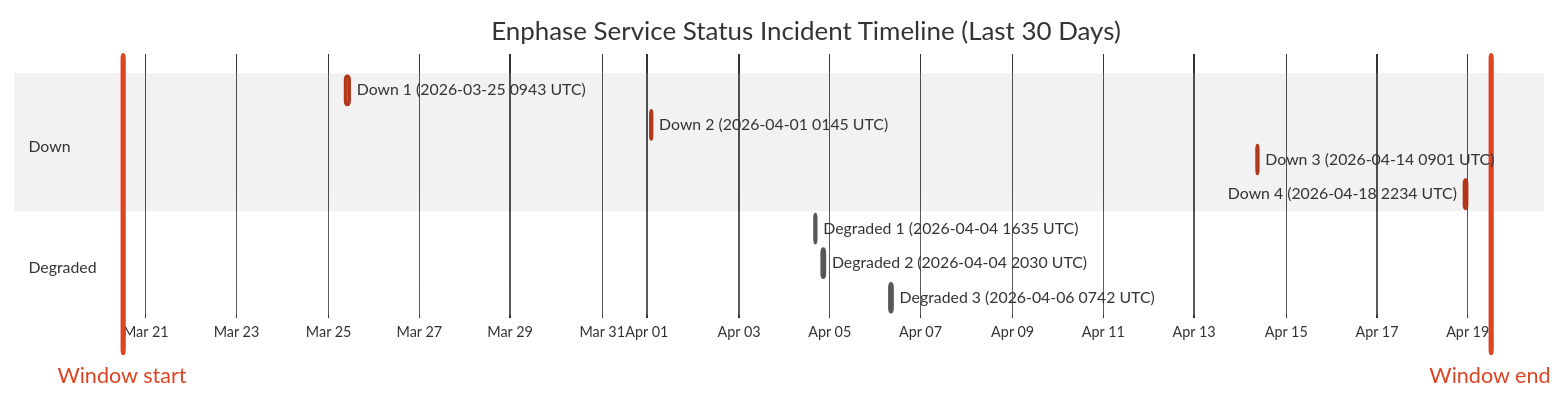
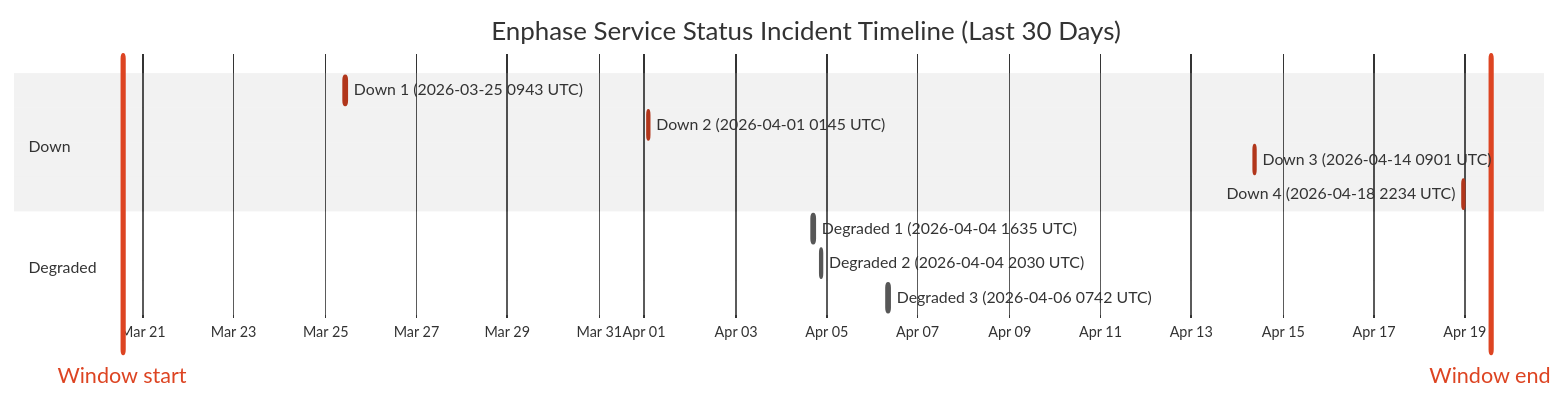
The diagram in wiki/Service-Status-History.md (barneyonline/ha-enphase-ev-charger), drawn with Mermaid (neutral theme) before and after one commit. The commit also changed other lines of this file and 3 other files, not shown here.

````diff
--- a/wiki/Service-Status-History.md
+++ b/wiki/Service-Status-History.md
@@ -14,17 +14,17 @@
 ```mermaid
 gantt
     title Enphase Service Status Incident Timeline (Last 30 Days)
     dateFormat  YYYY-MM-DDTHH:mm:ss
     axisFormat  %b %d
-    Window start :vert, window-start, 2026-03-20T11:57:54, 0ms
-    Window end :vert, window-end, 2026-04-19T11:57:54, 0ms
+    Window start :vert, window-start, 2026-03-20T13:16:06, 0ms
+    Window end :vert, window-end, 2026-04-19T13:16:06, 0ms
     section Down
     Down 1 (2026-03-25 0943 UTC) :crit, down-1, 2026-03-25T09:43:28, 111m
     Down 2 (2026-04-01 0145 UTC) :crit, down-2, 2026-04-01T01:45:09, 60m
     Down 3 (2026-04-14 0901 UTC) :crit, down-3, 2026-04-14T09:01:13, 60m
     Down 4 (2026-04-18 2234 UTC) :crit, down-4, 2026-04-18T22:34:13, 60m
     section Degraded
     Degraded 1 (2026-04-04 1635 UTC) :active, degraded-1, 2026-04-04T16:35:17, 60m
     Degraded 2 (2026-04-04 2030 UTC) :active, degraded-2, 2026-04-04T20:30:40, 60m
     Degraded 3 (2026-04-06 0742 UTC) :active, degraded-3, 2026-04-06T07:42:09, 85m
 ```
````
